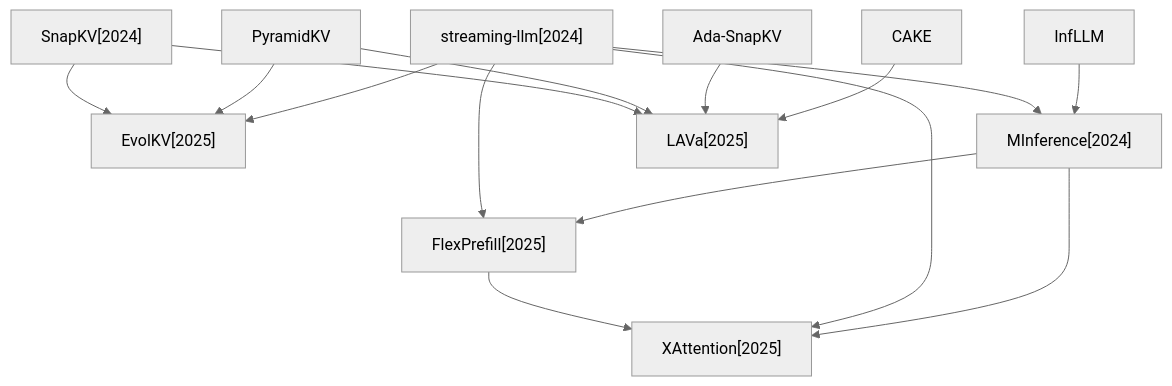
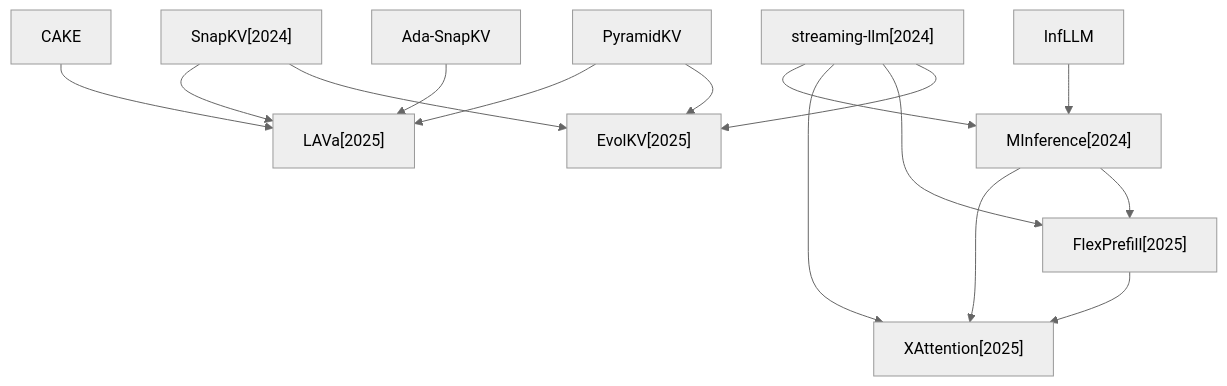
One commit to hustzxd/EfficientPaper changed the third of 4 diagrams in docs/baseline_methods_graph.md. Above: the diagram before and after it, drawn with Mermaid (neutral theme). The commit also changed other lines of this file and 2 other files, not shown here.

````diff
--- a/docs/baseline_methods_graph.md
+++ b/docs/baseline_methods_graph.md
@@ -44,28 +44,28 @@
 ```mermaid
 flowchart TD
+    Ada_SnapKV["Ada-SnapKV"]
+    2025_XAttention["XAttention[2025]"]
+    PyramidKV["PyramidKV"]
+    2025_LAVa["LAVa[2025]"]
+    2025_FlexPrefill["FlexPrefill[2025]"]
+    2024_MInference["MInference[2024]"]
+    2025_EvolKV["EvolKV[2025]"]
+    2024_streaming_llm["streaming-llm[2024]"]
+    InfLLM["InfLLM"]
     CAKE["CAKE"]
-    2025_EvolKV["EvolKV[2025]"]
-    InfLLM["InfLLM"]
-    Ada_SnapKV["Ada-SnapKV"]
-    2024_MInference["MInference[2024]"]
-    2024_streaming_llm["streaming-llm[2024]"]
-    PyramidKV["PyramidKV"]
-    2025_FlexPrefill["FlexPrefill[2025]"]
-    2025_XAttention["XAttention[2025]"]
-    2025_LAVa["LAVa[2025]"]
     2024_SnapKV["SnapKV[2024]"]
-    CAKE --> 2025_LAVa
-    InfLLM --> 2024_MInference
     Ada_SnapKV --> 2025_LAVa
+    PyramidKV --> 2025_EvolKV
+    PyramidKV --> 2025_LAVa
+    2025_FlexPrefill --> 2025_XAttention
     2024_MInference --> 2025_FlexPrefill
     2024_MInference --> 2025_XAttention
     2024_streaming_llm --> 2025_EvolKV
     2024_streaming_llm --> 2025_FlexPrefill
     2024_streaming_llm --> 2025_XAttention
     2024_streaming_llm --> 2024_MInference
-    PyramidKV --> 2025_EvolKV
-    PyramidKV --> 2025_LAVa
-    2025_FlexPrefill --> 2025_XAttention
+    InfLLM --> 2024_MInference
+    CAKE --> 2025_LAVa
     2024_SnapKV --> 2025_EvolKV
     2024_SnapKV --> 2025_LAVa
 ```
````
